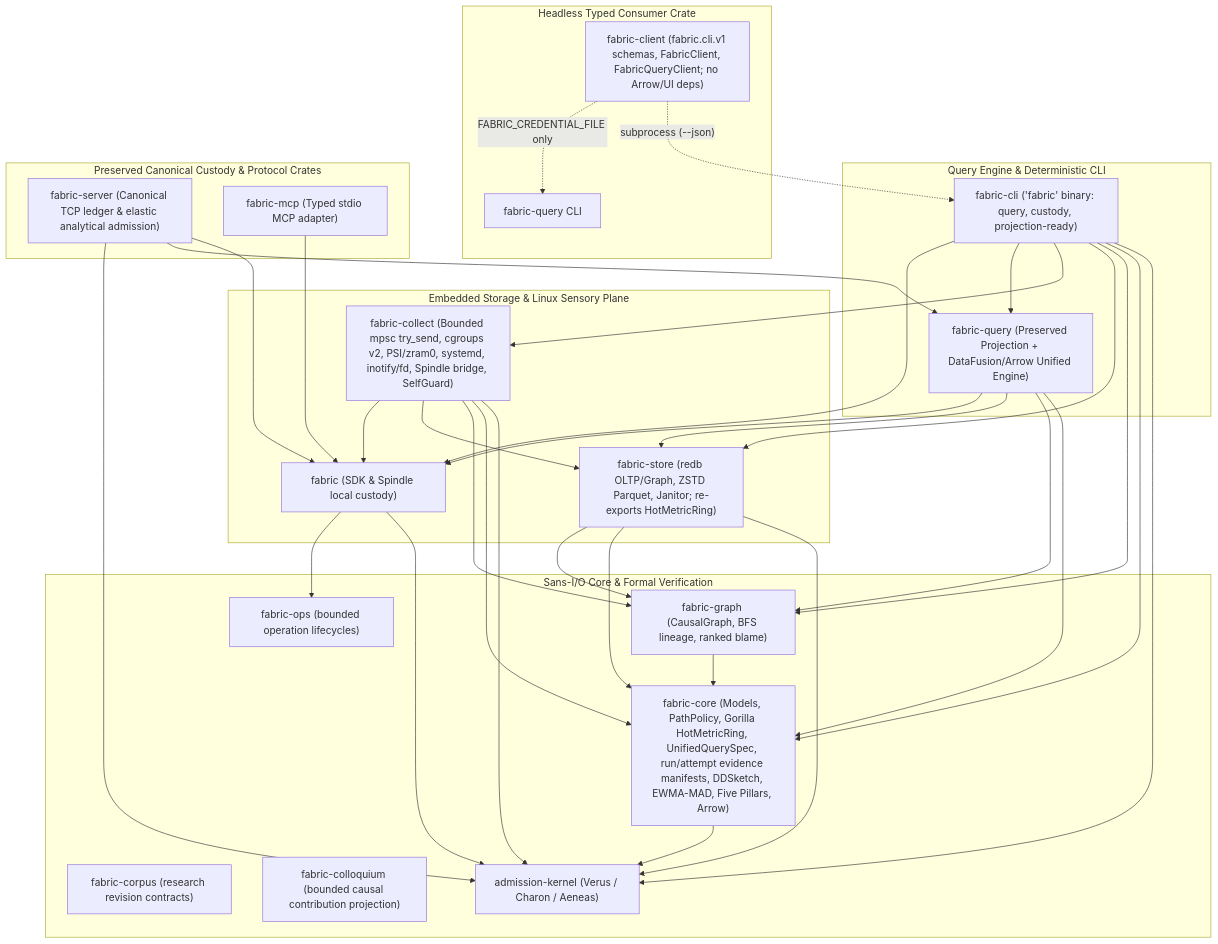
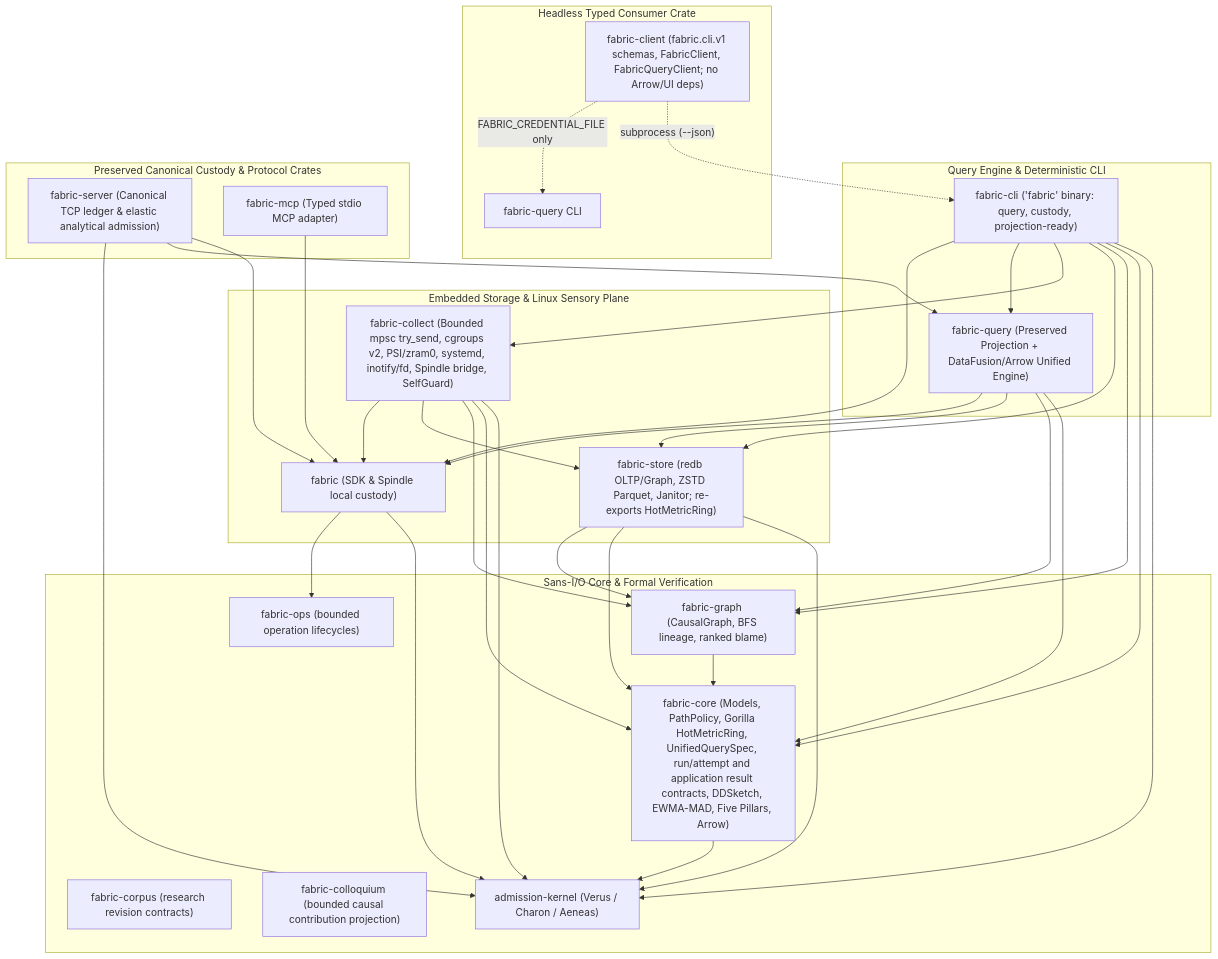
One commit to kmosoti/FabricO11y changed the first of 13 diagrams in docs/architecture.md. Above: the diagram before and after it, drawn with Mermaid. The commit also changed other lines of this file and 5 other files, not shown here.

Commit message:
Define bounded application result contract

````diff
--- a/docs/architecture.md
+++ b/docs/architecture.md
@@ -9,60 +9,60 @@
 ```mermaid
 flowchart TD
     subgraph SansIO["Sans-I/O Core & Formal Verification"]
         CP["fabric-corpus (research revision contracts)"]
         CC["fabric-colloquium (bounded causal contribution projection)"]
         OPS["fabric-ops (bounded operation lifecycles)"]
         AK["admission-kernel (Verus / Charon / Aeneas)"]
-        FC["fabric-core (Models, PathPolicy, Gorilla HotMetricRing, UnifiedQuerySpec, run/attempt evidence manifests, DDSketch, EWMA-MAD, Five Pillars, Arrow)"]
+        FC["fabric-core (Models, PathPolicy, Gorilla HotMetricRing, UnifiedQuerySpec, run/attempt and application result contracts, DDSketch, EWMA-MAD, Five Pillars, Arrow)"]
         FG["fabric-graph (CausalGraph, BFS lineage, ranked blame)"]
         FC --> AK
         FG --> FC
     end
 
     subgraph StorageAndCollection["Embedded Storage & Linux Sensory Plane"]
         FS["fabric-store (redb OLTP/Graph, ZSTD Parquet, Janitor; re-exports HotMetricRing)"]
         COL["fabric-collect (Bounded mpsc try_send, cgroups v2, PSI/zram0, systemd, inotify/fd, Spindle bridge, SelfGuard)"]
         FS --> AK
         FS --> FC
         FS --> FG
         COL --> AK
         COL --> FC
         COL --> FG
         COL --> FS
         COL --> FAB
     end
 
     subgraph QueryAndCLI["Query Engine & Deterministic CLI"]
         FQ["fabric-query (Preserved Projection + DataFusion/Arrow Unified Engine)"]
         CLI["fabric-cli ('fabric' binary: query, custody, projection-ready)"]
         FQ --> FC
         FQ --> FG
         FQ --> FS
         FQ --> FAB
         CLI --> AK
         CLI --> FC
         CLI --> FG
         CLI --> FS
         CLI --> COL
         CLI --> FQ
         CLI --> FAB
     end
 
     subgraph HeadlessClient["Headless Typed Consumer Crate"]
         FCL["fabric-client (fabric.cli.v1 schemas, FabricClient, FabricQueryClient; no Arrow/UI deps)"]
         FCL -. "subprocess (--json)" .-> CLI
         FCL -. "FABRIC_CREDENTIAL_FILE only" .-> FQBIN["fabric-query CLI"]
     end
 
     subgraph PreservedCustody["Preserved Canonical Custody & Protocol Crates"]
         FAB["fabric (SDK & Spindle local custody)"]
         SRV["fabric-server (Canonical TCP ledger & elastic analytical admission)"]
         MCP["fabric-mcp (Typed stdio MCP adapter)"]
         FAB --> AK
         FAB --> OPS
         SRV --> FAB
         SRV --> FQ
         SRV --> AK
         MCP --> FAB
     end
 ```
````
